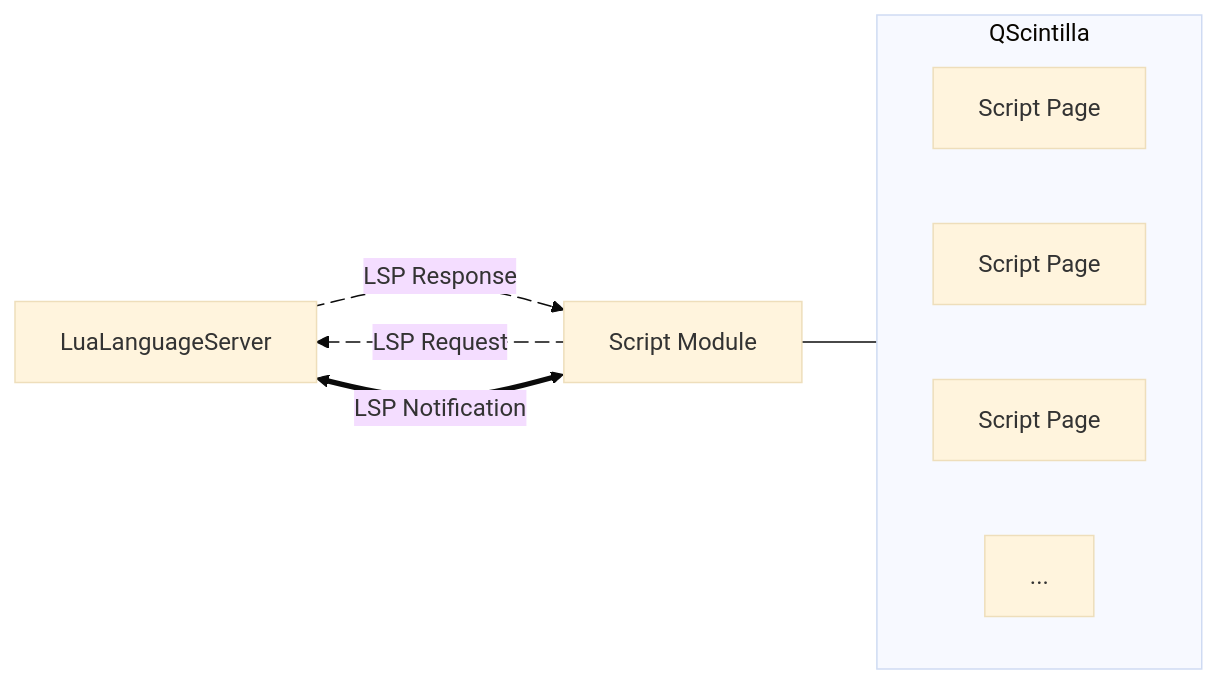
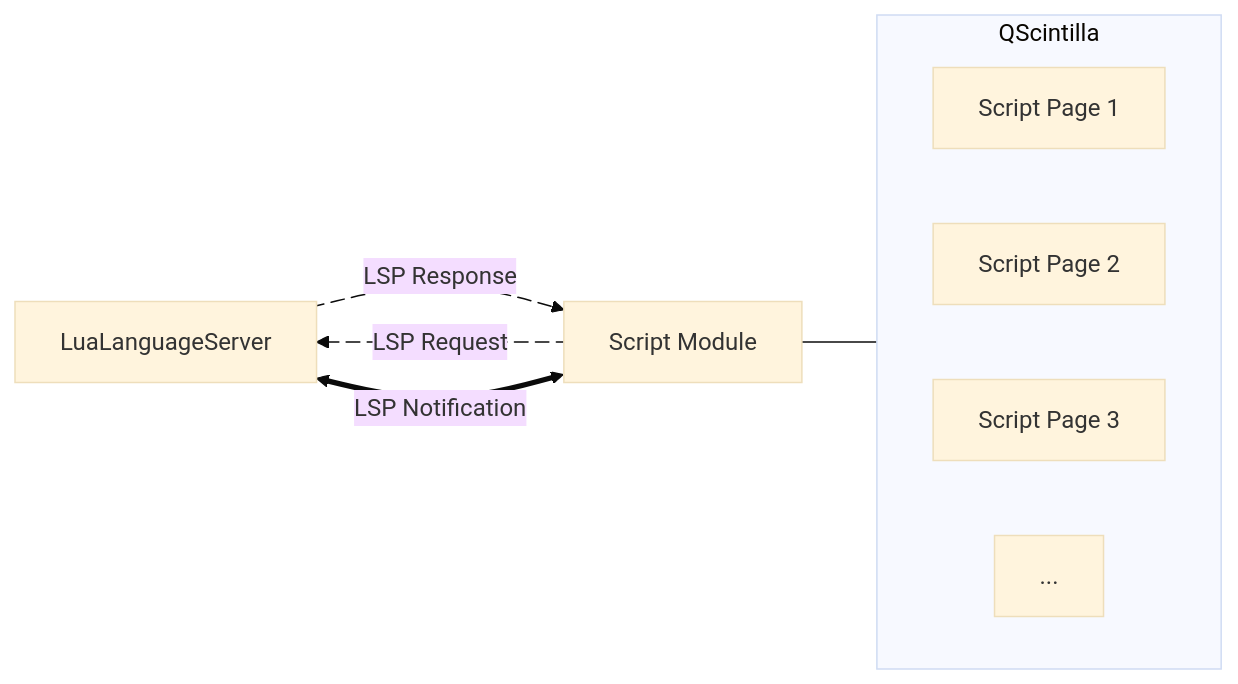
The second of 2 diagrams in readme.md (zyt20001205/UniComm2), drawn with Mermaid (base theme) before and after one commit. The commit also changed other lines of this file and 3 other files, not shown here.

````diff
--- a/readme.md
+++ b/readme.md
@@ -135,18 +135,18 @@
 ```mermaid
 flowchart LR
     luaLanguageServer[LuaLanguageServer]
     scriptModule[Script Module]
     subgraph qScintilla[QScintilla]
         direction LR
-        scriptPage1[Script Page]
-        scriptPage2[Script Page]
-        scriptPage3[Script Page]
+        scriptPage1[Script Page 1]
+        scriptPage2[Script Page 2]
+        scriptPage3[Script Page 3]
         scriptPage4[...]
     end
     scriptModule e1@ -->|LSP Request| luaLanguageServer
     scriptModule <==>|LSP Notification| luaLanguageServer
     luaLanguageServer e2@ -->|LSP Response| scriptModule
     scriptModule --- qScintilla
     e1@{animate: true}
     e2@{animate: true}
 ```
````
